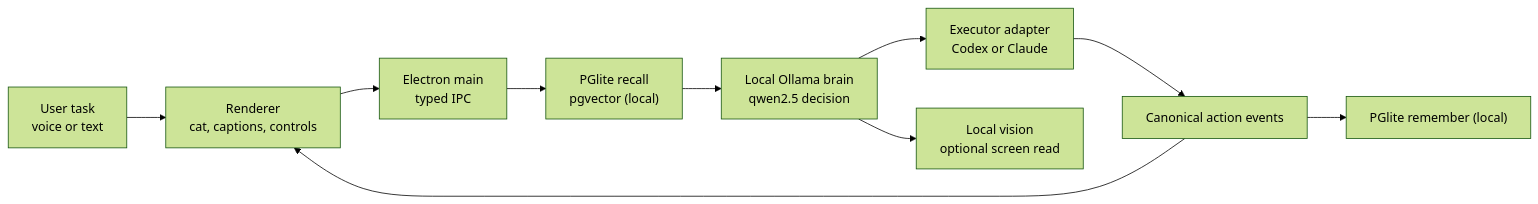
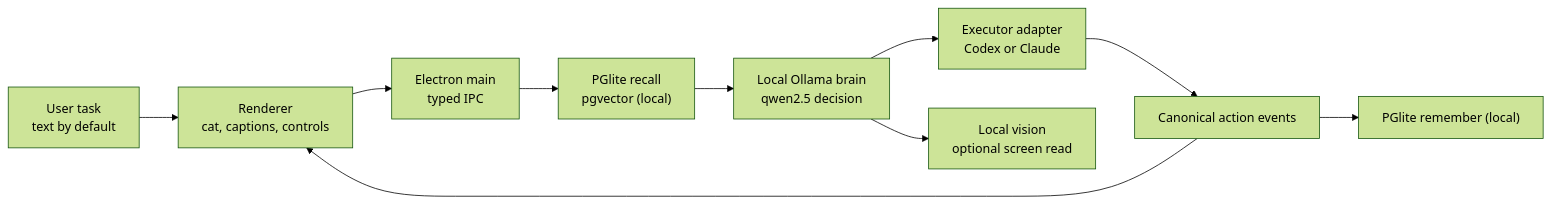
Before and after one commit to gorajing/roro: the diagram in README.md, drawn with Mermaid (forest theme). The commit also changed other lines of this file and 18 other files, not shown here.

````diff
--- a/README.md
+++ b/README.md
@@ -72,12 +72,12 @@
 ```mermaid
 flowchart LR
-  user["User task<br/>voice or text"] --> renderer["Renderer<br/>cat, captions, controls"]
+  user["User task<br/>text by default"] --> renderer["Renderer<br/>cat, captions, controls"]
   renderer --> main["Electron main<br/>typed IPC"]
   main --> memoryRecall["PGlite recall<br/>pgvector (local)"]
   memoryRecall --> brain["Local Ollama brain<br/>qwen2.5 decision"]
   brain --> executor["Executor adapter<br/>Codex or Claude"]
   executor --> events["Canonical action events"]
   events --> renderer
   events --> memoryWrite["PGlite remember (local)"]
   brain --> vision["Local vision<br/>optional screen read"]
 ```
````
